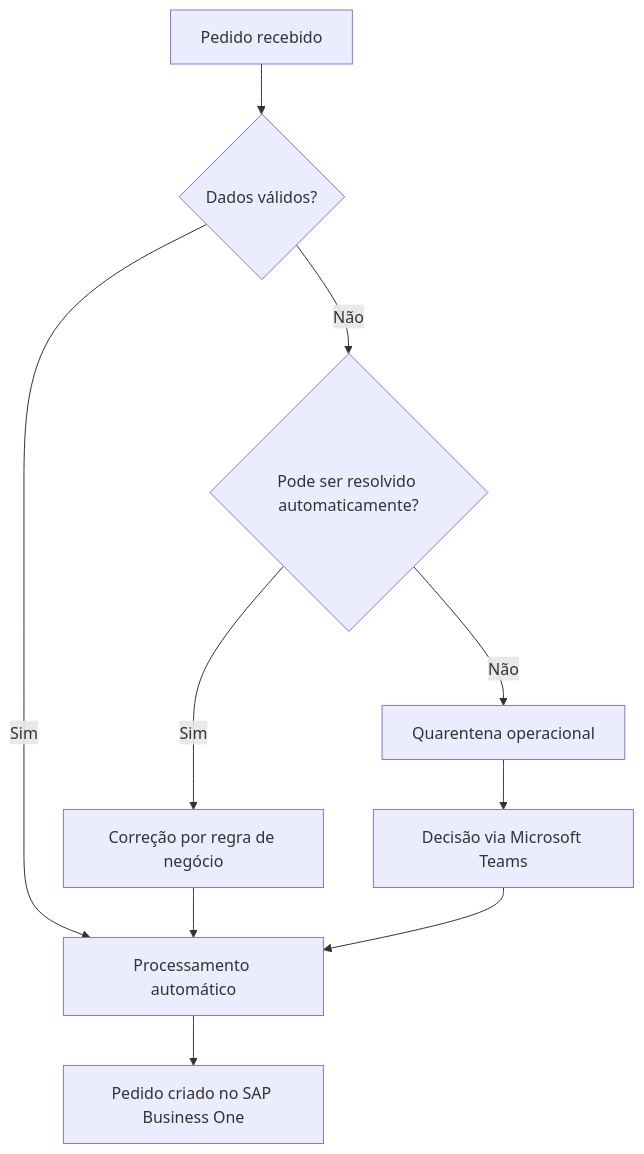
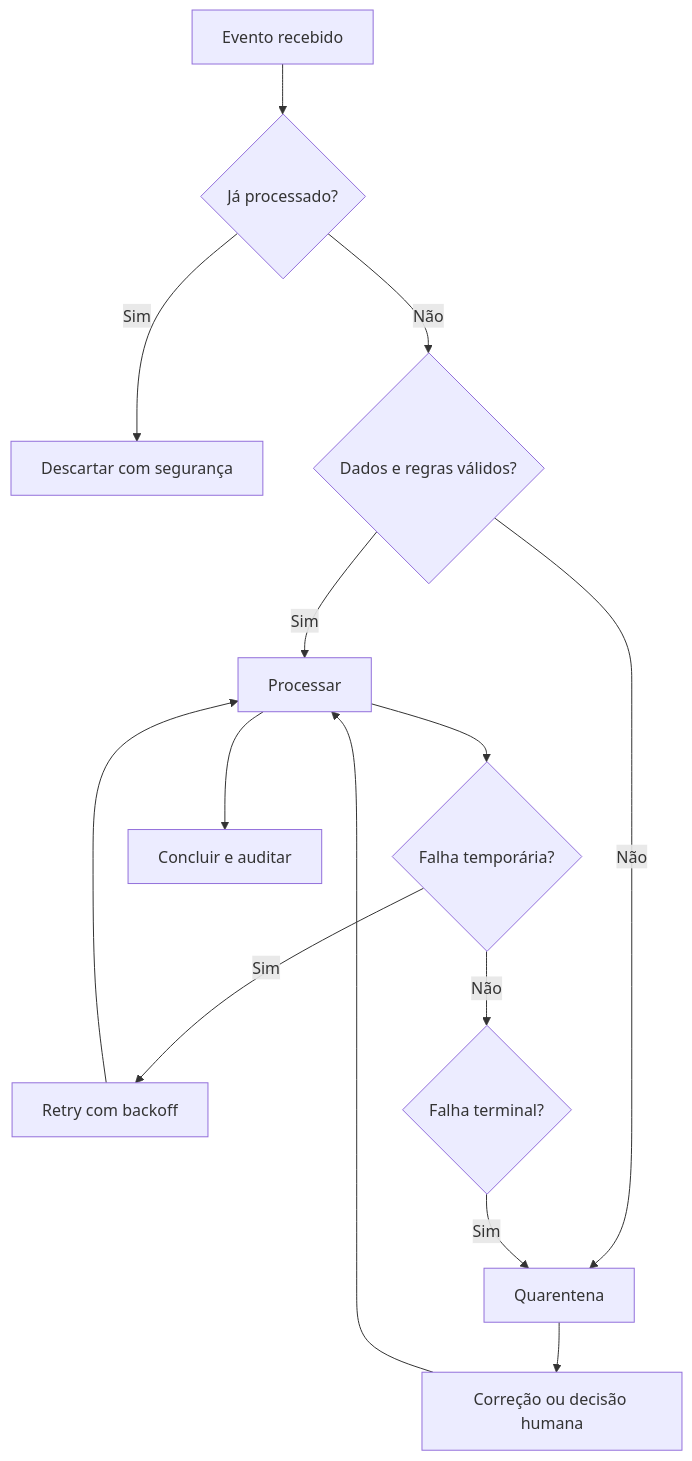
Before and after one commit to rmota13/sap-business-one-integration-platform: the second of 2 diagrams in README.md, drawn with Mermaid. The commit also changed other lines of this file, not shown here.

Commit message:
docs: publish end-to-end SAP Commerce Integration Platform case

````diff
--- a/README.md
+++ b/README.md
@@ -103,16 +132,16 @@
 ```mermaid
 flowchart TD
-    EVENT[Pedido recebido] --> VALIDATION{Dados válidos?}
-
-    VALIDATION -->|Sim| PROCESS[Processamento automático]
-    VALIDATION -->|Não| CLASSIFY{Pode ser resolvido automaticamente?}
-
-    CLASSIFY -->|Sim| AUTO[Correção por regra de negócio]
-    AUTO --> PROCESS
-
-    CLASSIFY -->|Não| QUARANTINE[Quarentena operacional]
-    QUARANTINE --> TEAMS[Decisão via Microsoft Teams]
-    TEAMS --> PROCESS
-
-    PROCESS --> SAP[Pedido criado no SAP Business One]
+    E[Evento recebido] --> I{Já processado?}
+    I -->|Sim| D[Descartar com segurança]
+    I -->|Não| V{Dados e regras válidos?}
+    V -->|Sim| P[Processar]
+    V -->|Não| Q[Quarentena]
+    P --> T{Falha temporária?}
+    T -->|Sim| R[Retry com backoff]
+    T -->|Não| X{Falha terminal?}
+    X -->|Sim| Q
+    R --> P
+    P --> C[Concluir e auditar]
+    Q --> H[Correção ou decisão humana]
+    H --> P
 ```
````
